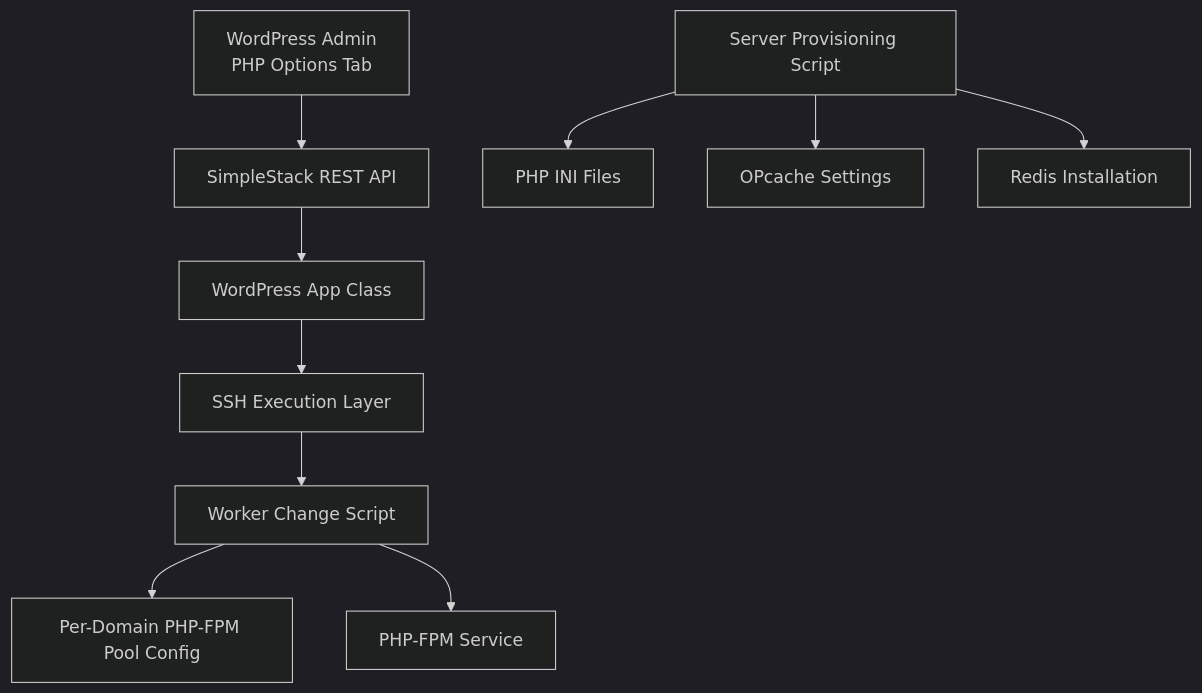
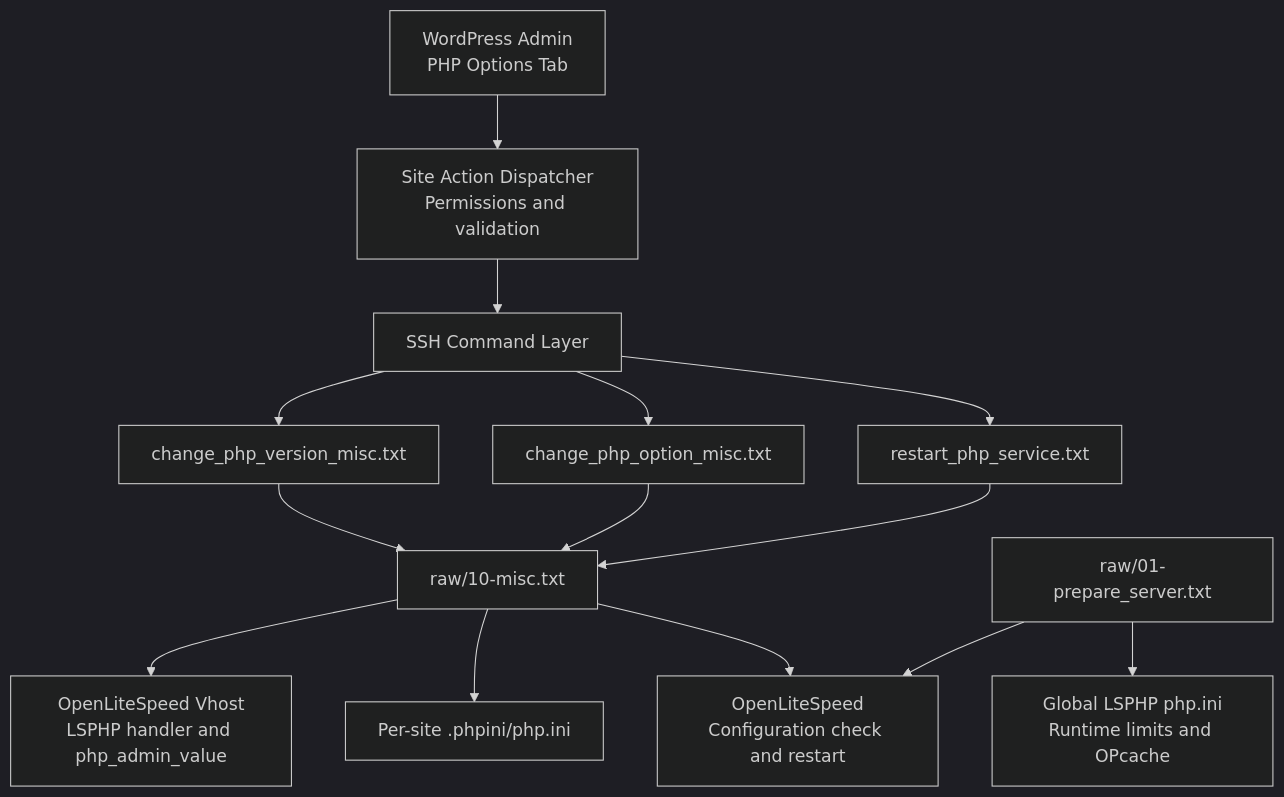
The first of 4 diagrams in .qoder/repowiki/en/content/Operational Tools/Performance Optimization Tools/PHP Performance Tuning.md (onedogsolutions/simple-stack), drawn with Mermaid (dark theme) before and after one commit. The commit also changed other lines of this file and 5941 other files, not shown here.

First line of the commit message:
refactor(core): rebrand WPCloudDeploy to Simple Stack with new namespaces and prefixes

````diff
--- a/.qoder/repowiki/en/content/Operational Tools/Performance Optimization Tools/PHP Performance Tuning.md
+++ b/.qoder/repowiki/en/content/Operational Tools/Performance Optimization Tools/PHP Performance Tuning.md
@@ -51,12 +55,16 @@
 ```mermaid
 graph TB
-Admin["WordPress Admin<br/>PHP Options Tab"] --> REST["SimpleStack REST API"]
-REST --> AppClass["WordPress App Class"]
-AppClass --> SSH["SSH Execution Layer"]
-SSH --> Script["Worker Change Script"]
-Script --> PoolConf["Per-Domain PHP-FPM Pool Config"]
-Script --> Service["PHP-FPM Service"]
-Provision["Server Provisioning Script"] --> PHPIni["PHP INI Files"]
-Provision --> OPcache["OPcache Settings"]
-Provision --> Redis["Redis Installation"]
+    Admin["WordPress Admin<br/>PHP Options Tab"] --> Dispatcher["Site Action Dispatcher<br/>Permissions and validation"]
+    Dispatcher --> SSH["SSH Command Layer"]
+    SSH --> Version["change_php_version_misc.txt"]
+    SSH --> Options["change_php_option_misc.txt"]
+    SSH --> Restart["restart_php_service.txt"]
+    Version --> Misc["raw/10-misc.txt"]
+    Options --> Misc
+    Restart --> Misc
+    Misc --> Vhost["OpenLiteSpeed Vhost<br/>LSPHP handler and php_admin_value"]
+    Misc --> SiteIni["Per-site .phpini/php.ini"]
+    Misc --> OLS["OpenLiteSpeed<br/>Configuration check and restart"]
+    Provision["raw/01-prepare_server.txt"] --> GlobalIni["Global LSPHP php.ini<br/>Runtime limits and OPcache"]
+    Provision --> OLS
 ```
````
